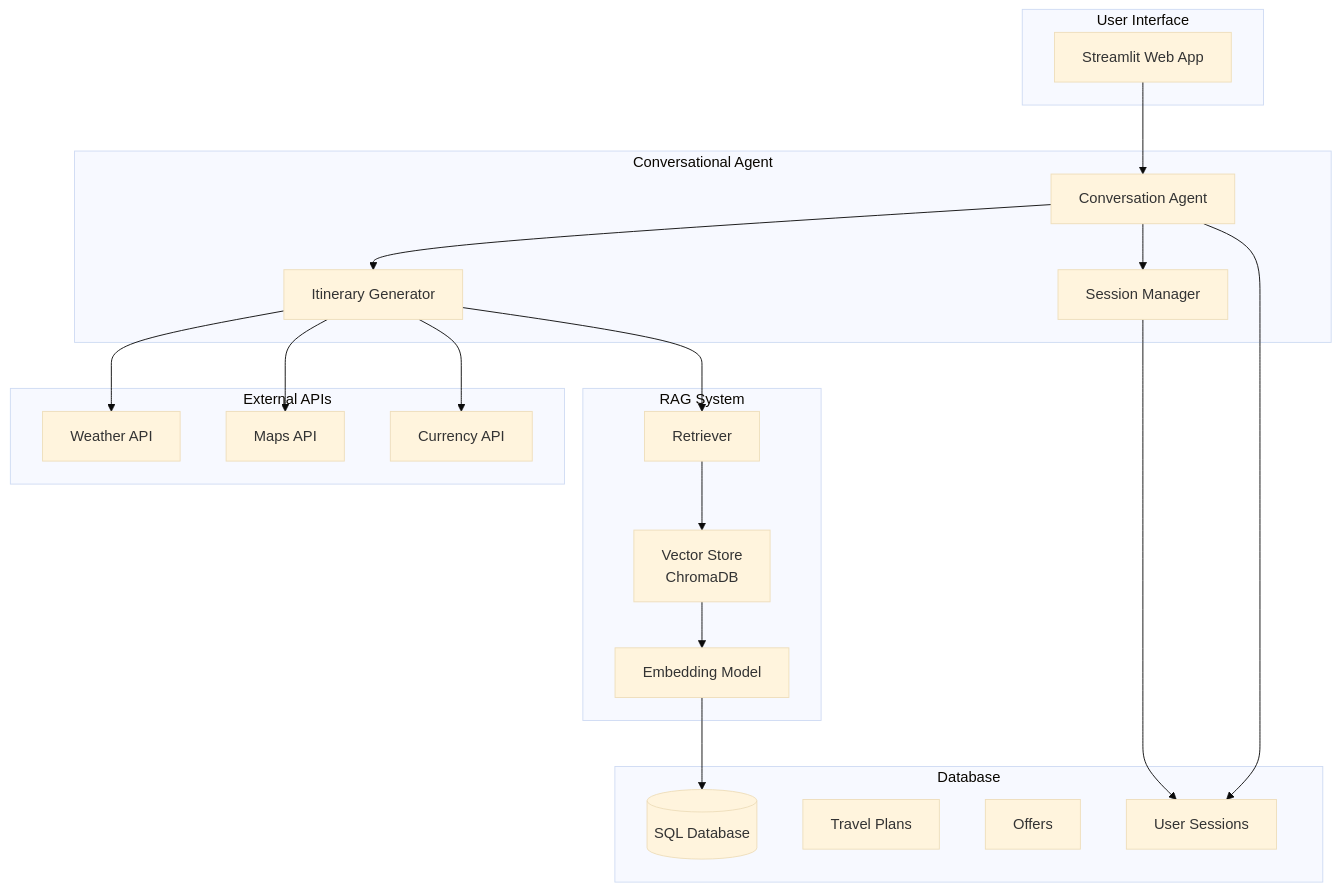
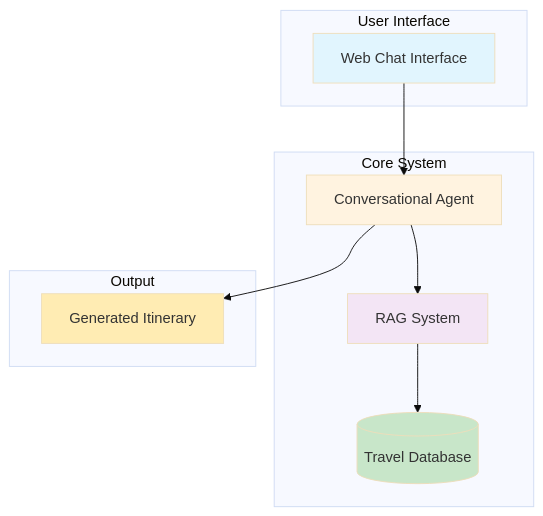
The first of 2 diagrams in workflow_diagram.md (saha0073/travel-itinerary-generation), drawn with Mermaid (base theme) before and after one commit. The commit also changed other lines of this file, not shown here.

````diff
--- a/workflow_diagram.md
+++ b/workflow_diagram.md
@@ -5,47 +5,27 @@
 ```mermaid
 graph TB
     subgraph "User Interface"
-        UI[Streamlit Web App]
+        UI[Web Chat Interface]
     end
     
-    subgraph "Conversational Agent"
-        CA[Conversation Agent]
-        IG[Itinerary Generator]
-        SM[Session Manager]
+    subgraph "Core System"
+        AGENT[Conversational Agent]
+        RAG[RAG System]
+        DB[(Travel Database)]
     end
     
-    subgraph "RAG System"
-        VS[Vector Store<br/>ChromaDB]
-        RET[Retriever]
-        EMB[Embedding Model]
+    subgraph "Output"
+        ITINERARY[Generated Itinerary]
     end
     
-    subgraph "Database"
-        DB[(SQL Database)]
-        TP[Travel Plans]
-        OF[Offers]
-        US[User Sessions]
-    end
+    UI --> AGENT
+    AGENT --> RAG
+    RAG --> DB
+    AGENT --> ITINERARY
     
-    subgraph "External APIs"
-        WEATHER[Weather API]
-        MAPS[Maps API]
-        CURRENCY[Currency API]
-    end
-    
-    UI --> CA
-    CA --> SM
-    CA --> IG
-    
-    IG --> RET
-    RET --> VS
-    VS --> EMB
-    EMB --> DB
-    
-    IG --> WEATHER
-    IG --> MAPS
-    IG --> CURRENCY
-    
-    SM --> US
-    CA --> US
+    style UI fill:#e1f5fe
+    style AGENT fill:#fff3e0
+    style RAG fill:#f3e5f5
+    style DB fill:#c8e6c9
+    style ITINERARY fill:#ffecb3
 ```
````
